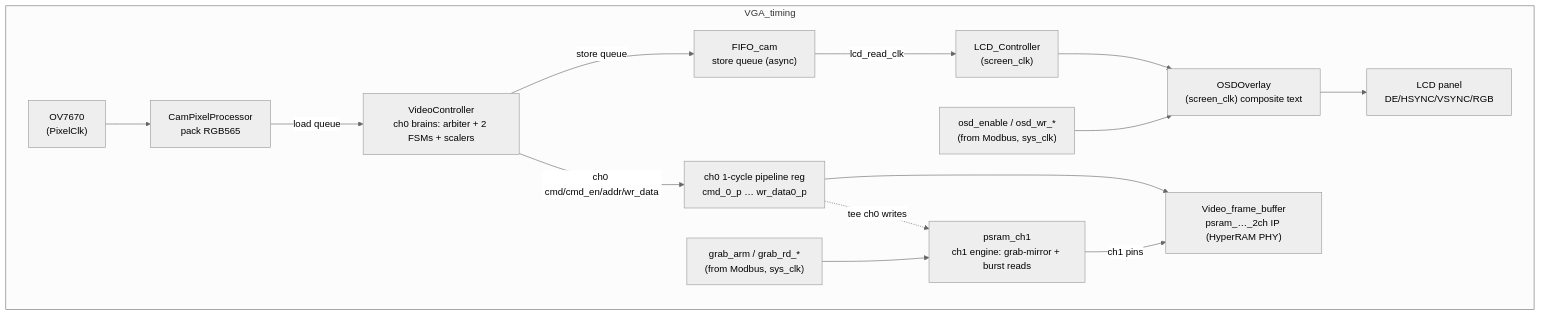
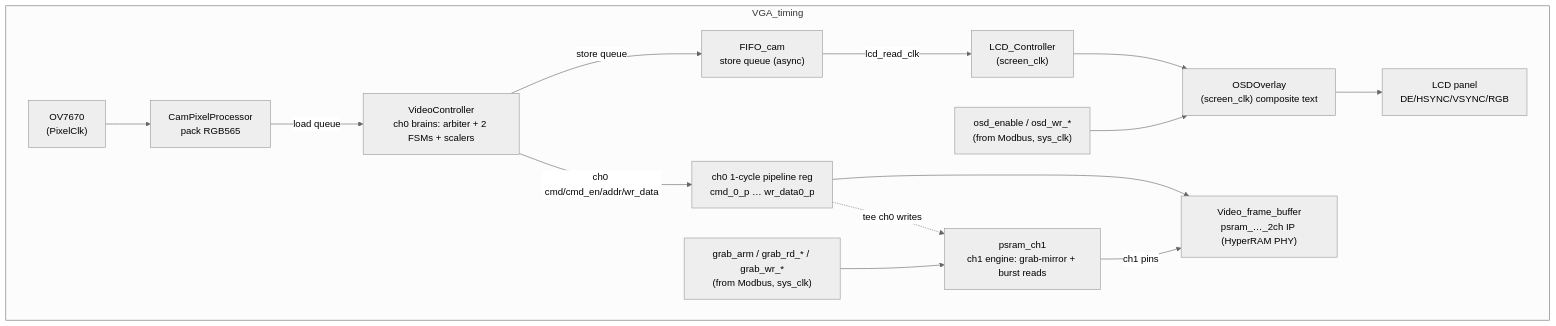
One commit to phoenix367/tang_nano_9K_ov7670 changed the first of 8 diagrams in doc/video_datapath.md. Above: the diagram before and after it, drawn with Mermaid (neutral theme). The commit also changed other lines of this file and 3 other files, not shown here.

````diff
--- a/doc/video_datapath.md
+++ b/doc/video_datapath.md
@@ -26,25 +26,25 @@
 ```mermaid
 flowchart TB
     OV["OV7670<br/>(PixelClk)"]
     CPP["CamPixelProcessor<br/>pack RGB565"]
     VC["VideoController<br/>ch0 brains: arbiter + 2 FSMs + scalers"]
     SF["FIFO_cam<br/>store queue (async)"]
     LCDC["LCD_Controller<br/>(screen_clk)"]
     OSD["OSDOverlay<br/>(screen_clk) composite text"]
     LCD["LCD panel<br/>DE/HSYNC/VSYNC/RGB"]
     PIPE["ch0 1-cycle pipeline reg<br/>cmd_0_p … wr_data0_p"]
     PHY["Video_frame_buffer<br/>psram_…_2ch IP (HyperRAM PHY)"]
     CH1["psram_ch1<br/>ch1 engine: grab-mirror + burst reads"]
-    MB["grab_arm / grab_rd_*<br/>(from Modbus, sys_clk)"]
+    MB["grab_arm / grab_rd_* / grab_wr_*<br/>(from Modbus, sys_clk)"]
     OSDW["osd_enable / osd_wr_*<br/>(from Modbus, sys_clk)"]
 
     subgraph VGA_timing
         OV --> CPP -->|load queue| VC
         VC -->|store queue| SF -->|lcd_read_clk| LCDC --> OSD --> LCD
         VC -->|"ch0 cmd/cmd_en/addr/wr_data"| PIPE --> PHY
         PIPE -. tee ch0 writes .-> CH1
         MB --> CH1
         CH1 -->|ch1 pins| PHY
         OSDW --> OSD
     end
 ```
````
